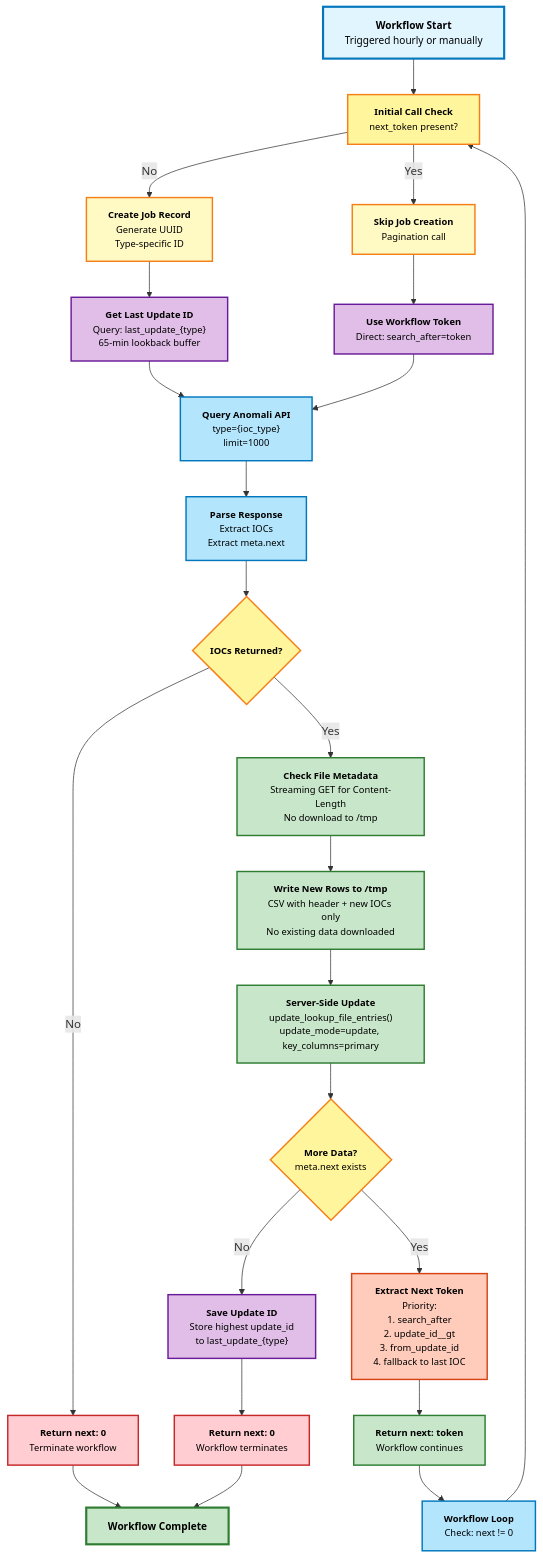
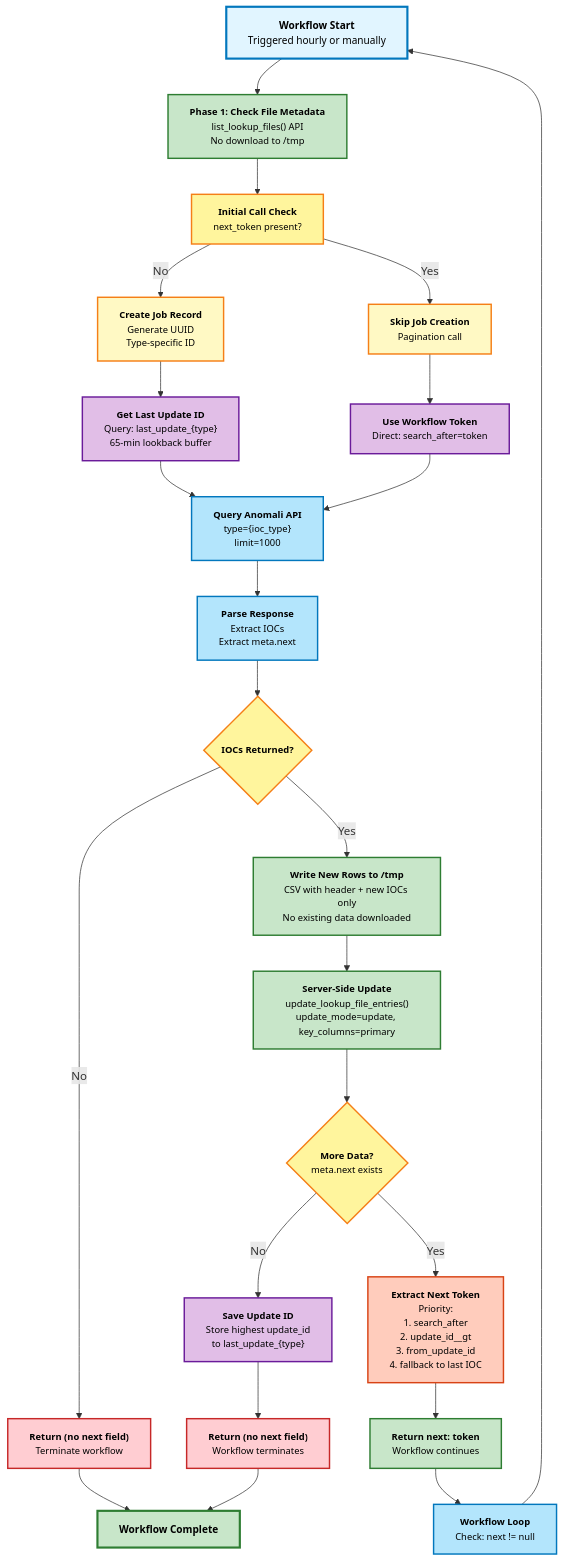
The diagram in dev-docs/sync-strategy.md (CrowdStrike/foundry-sample-anomali-threatstream), drawn with Mermaid before and after one commit. The commit also changed other lines of this file and 7 other files, not shown here.

Commit message:
Use listlookup file instead of streaming to check its presence

````diff
--- a/dev-docs/sync-strategy.md
+++ b/dev-docs/sync-strategy.md
@@ -7,65 +7,65 @@
 ```mermaid
 flowchart TD
     Start["<b>Workflow Start</b><br/>Triggered hourly or manually"]
 
-    Start --> InitCheck["<b>Initial Call Check</b><br/>next_token present?"]
+    Start --> CheckMeta["<b>Phase 1: Check File Metadata</b><br/>list_lookup_files() API<br/>No download to /tmp"]
+
+    CheckMeta --> InitCheck["<b>Initial Call Check</b><br/>next_token present?"]
 
     InitCheck -->|No| CreateJob["<b>Create Job Record</b><br/>Generate UUID<br/>Type-specific ID"]
     InitCheck -->|Yes| SkipJob["<b>Skip Job Creation</b><br/>Pagination call"]
 
     CreateJob --> GetState["<b>Get Last Update ID</b><br/>Query: last_update_{type}<br/>65-min lookback buffer"]
     SkipJob --> UseToken["<b>Use Workflow Token</b><br/>Direct: search_after=token"]
 
     GetState --> Query["<b>Query Anomali API</b><br/>type={ioc_type}<br/>limit=1000"]
     UseToken --> Query
 
     Query --> Parse["<b>Parse Response</b><br/>Extract IOCs<br/>Extract meta.next"]
 
     Parse --> HasData{"<b>IOCs Returned?</b>"}
 
-    HasData -->|No| Return0["<b>Return next: 0</b><br/>Terminate workflow"]
+    HasData -->|No| Return0["<b>Return (no next field)</b><br/>Terminate workflow"]
 
-    HasData -->|Yes| CheckMeta["<b>Check File Metadata</b><br/>Streaming GET for Content-Length<br/>No download to /tmp"]
-
-    CheckMeta --> WriteNew["<b>Write New Rows to /tmp</b><br/>CSV with header + new IOCs only<br/>No existing data downloaded"]
+    HasData -->|Yes| WriteNew["<b>Write New Rows to /tmp</b><br/>CSV with header + new IOCs only<br/>No existing data downloaded"]
 
     WriteNew --> Upload["<b>Server-Side Update</b><br/>update_lookup_file_entries()<br/>update_mode=update, key_columns=primary"]
 
     Upload --> CheckNext{"<b>More Data?</b><br/>meta.next exists"}
 
     CheckNext -->|Yes| ExtractToken["<b>Extract Next Token</b><br/>Priority:<br/>1. search_after<br/>2. update_id__gt<br/>3. from_update_id<br/>4. fallback to last IOC"]
 
     CheckNext -->|No| SaveState["<b>Save Update ID</b><br/>Store highest update_id<br/>to last_update_{type}"]
 
     ExtractToken --> ReturnNext["<b>Return next: token</b><br/>Workflow continues"]
 
-    SaveState --> Return0Final["<b>Return next: 0</b><br/>Workflow terminates"]
+    SaveState --> Return0Final["<b>Return (no next field)</b><br/>Workflow terminates"]
 
-    ReturnNext --> WorkflowLoop["<b>Workflow Loop</b><br/>Check: next != 0"]
+    ReturnNext --> WorkflowLoop["<b>Workflow Loop</b><br/>Check: next != null"]
 
-    WorkflowLoop --> InitCheck
+    WorkflowLoop --> Start
 
     Return0 --> End["<b>Workflow Complete</b>"]
     Return0Final --> End
 
     style Start fill:#e1f5ff,stroke:#0277bd,stroke-width:3px,color:#000,font-size:14px
     style End fill:#c8e6c9,stroke:#2e7d32,stroke-width:3px,color:#000,font-size:14px
     style CreateJob fill:#fff9c4,stroke:#f57f17,stroke-width:2px,color:#000,font-size:13px
     style SkipJob fill:#fff9c4,stroke:#f57f17,stroke-width:2px,color:#000,font-size:13px
     style GetState fill:#e1bee7,stroke:#6a1b9a,stroke-width:2px,color:#000,font-size:13px
     style UseToken fill:#e1bee7,stroke:#6a1b9a,stroke-width:2px,color:#000,font-size:13px
     style Query fill:#b3e5fc,stroke:#0277bd,stroke-width:2px,color:#000,font-size:13px
     style Parse fill:#b3e5fc,stroke:#0277bd,stroke-width:2px,color:#000,font-size:13px
     style CheckMeta fill:#c8e6c9,stroke:#2e7d32,stroke-width:2px,color:#000,font-size:13px
     style WriteNew fill:#c8e6c9,stroke:#2e7d32,stroke-width:2px,color:#000,font-size:13px
     style Upload fill:#c8e6c9,stroke:#2e7d32,stroke-width:2px,color:#000,font-size:13px
     style ExtractToken fill:#ffccbc,stroke:#d84315,stroke-width:2px,color:#000,font-size:13px
     style SaveState fill:#e1bee7,stroke:#6a1b9a,stroke-width:2px,color:#000,font-size:13px
     style HasData fill:#fff59d,stroke:#f57f17,stroke-width:2px,color:#000,font-size:13px
     style CheckNext fill:#fff59d,stroke:#f57f17,stroke-width:2px,color:#000,font-size:13px
     style Return0 fill:#ffcdd2,stroke:#c62828,stroke-width:2px,color:#000,font-size:13px
     style Return0Final fill:#ffcdd2,stroke:#c62828,stroke-width:2px,color:#000,font-size:13px
     style ReturnNext fill:#c8e6c9,stroke:#2e7d32,stroke-width:2px,color:#000,font-size:13px
     style WorkflowLoop fill:#b3e5fc,stroke:#0277bd,stroke-width:2px,color:#000,font-size:13px
     style InitCheck fill:#fff59d,stroke:#f57f17,stroke-width:2px,color:#000,font-size:13px
 ```
````
